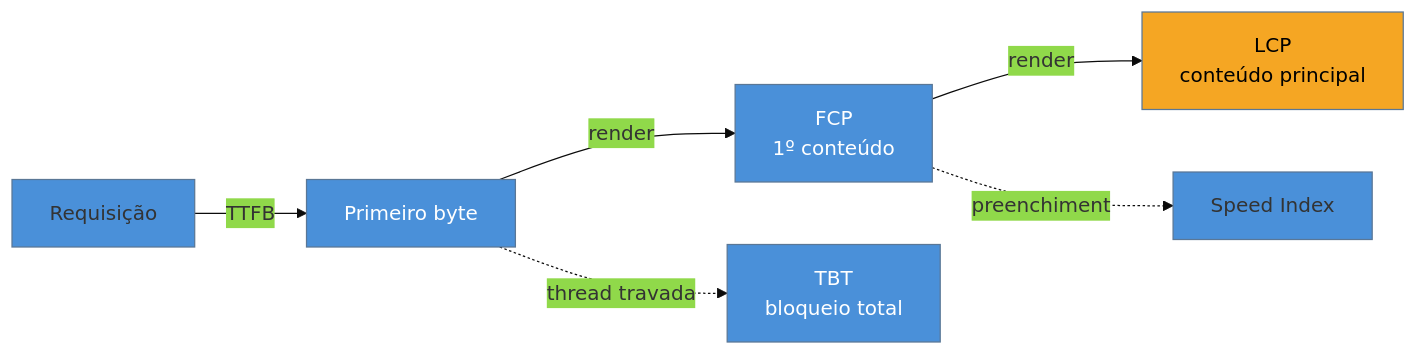
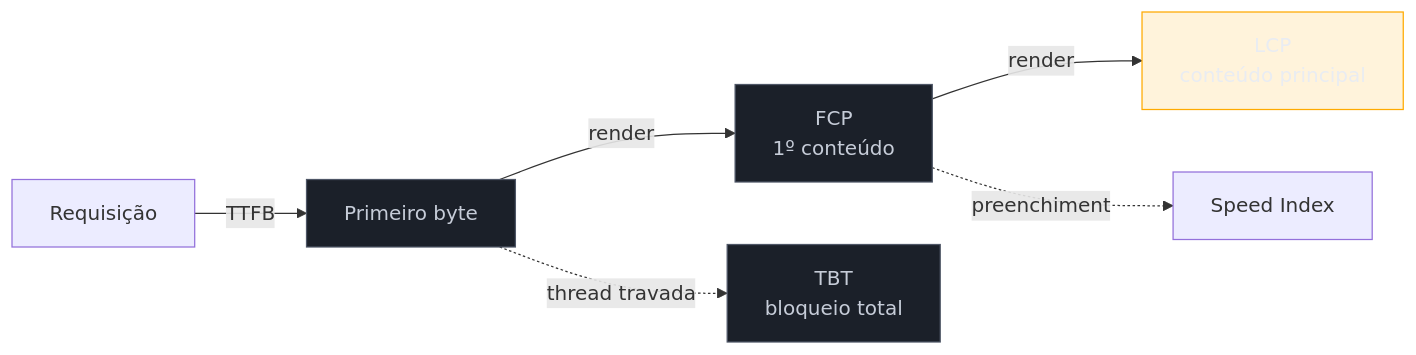
Before and after one commit to josenaldo/codex-technomanticus: the diagram in 03-Dominios/Tecnologia/Web Performance/Medição e Core Web Vitals/07 - Métricas de apoio.md, drawn with Mermaid. The commit also changed 1181 other files, not shown here.

First line of the commit message:
fix(diagramas): paleta do sistema no lugar de cor cravada no markdown

````diff
--- a/03-Dominios/Tecnologia/Web Performance/Medição e Core Web Vitals/07 - Métricas de apoio.md
+++ b/03-Dominios/Tecnologia/Web Performance/Medição e Core Web Vitals/07 - Métricas de apoio.md
@@ -33,13 +33,14 @@
 ```mermaid
-%%{init: {"theme": "base", "themeVariables": {"primaryColor": "#4A90D9"}}}%%
 graph LR
+    classDef neutro fill:#1B2029,stroke:#4E5666,color:#C6CCD8
+    classDef destaque fill:#FFAA0024,stroke:#FFAA00,color:#E9ECF2
     A[Requisição] -->|TTFB| B[Primeiro byte]
     B -->|render| C[FCP<br/>1º conteúdo]
     C -->|render| D[LCP<br/>conteúdo principal]
     B -.thread travada.-> E[TBT<br/>bloqueio total]
     C -.preenchimento.-> F[Speed Index]
-    style B fill:#4A90D9,color:#fff
-    style C fill:#4A90D9,color:#fff
-    style D fill:#F5A623,color:#000
-    style E fill:#4A90D9,color:#fff
+    class B neutro
+    class C neutro
+    class D destaque
+    class E neutro
 ```
````
